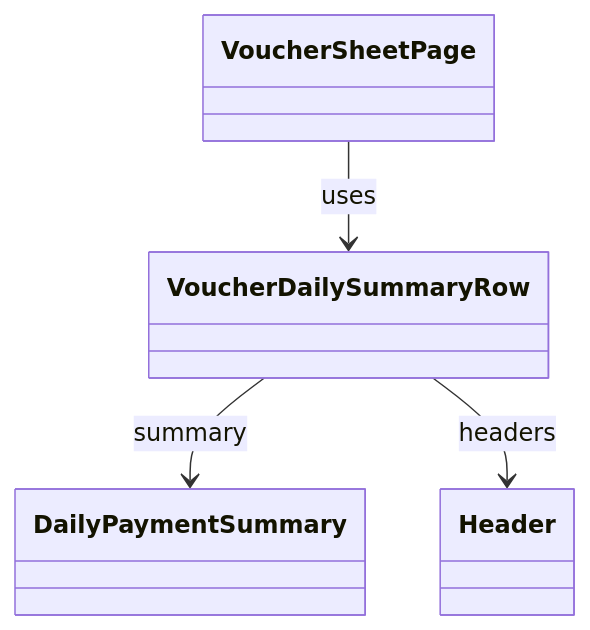
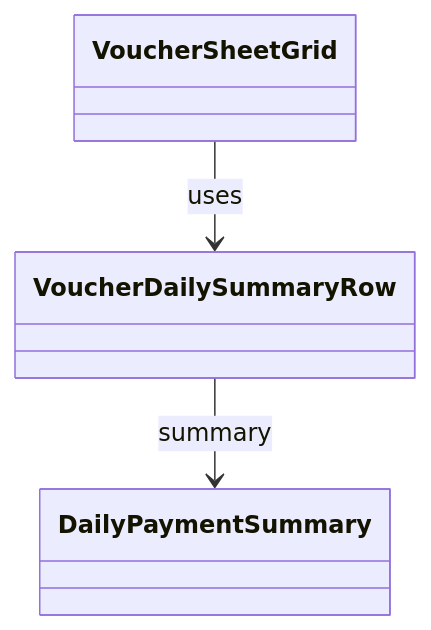
One commit to MinamiyamaKotaro/m3_pad changed the diagram in docs/design/lib/src/features/voucher/presentation/widgets/voucher_daily_summary_row.md. Above: the diagram before and after it, drawn with Mermaid. The commit also changed other lines of this file and 21 other files, not shown here.

````diff
--- a/docs/design/lib/src/features/voucher/presentation/widgets/voucher_daily_summary_row.md
+++ b/docs/design/lib/src/features/voucher/presentation/widgets/voucher_daily_summary_row.md
@@ -13,6 +14,5 @@
 ```mermaid
 classDiagram
-    VoucherSheetPage --> VoucherDailySummaryRow : uses
+    VoucherSheetGrid --> VoucherDailySummaryRow : uses
     VoucherDailySummaryRow --> DailyPaymentSummary : summary
-    VoucherDailySummaryRow --> Header : headers
 ```
````
